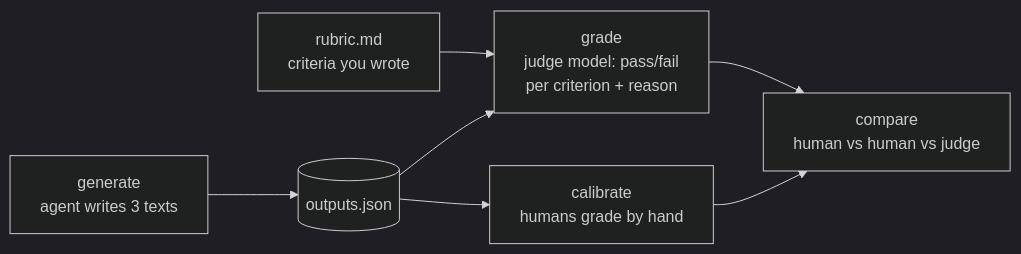
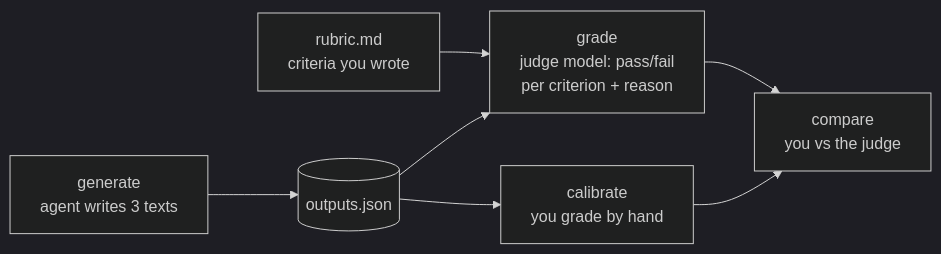
The diagram in level4_judge/README.md (MarinaWyss/agent-game), drawn with Mermaid (dark theme) before and after one commit. The commit also changed other lines of this file and 1 other file, not shown here.

First line of the commit message:
Make calibration a clear you-vs-judge step

````diff
--- a/level4_judge/README.md
+++ b/level4_judge/README.md
@@ -23,9 +23,9 @@
 ```mermaid
 flowchart LR
     G["generate<br/>agent writes 3 texts"] --> O[(outputs.json)]
     R["rubric.md<br/>criteria you wrote"] --> J
     O --> J["grade<br/>judge model: pass/fail<br/>per criterion + reason"]
-    O --> H["calibrate<br/>humans grade by hand"]
-    J --> C["compare<br/>human vs human vs judge"]
+    O --> H["calibrate<br/>you grade by hand"]
+    J --> C["compare<br/>you vs the judge"]
     H --> C
 ```
````
